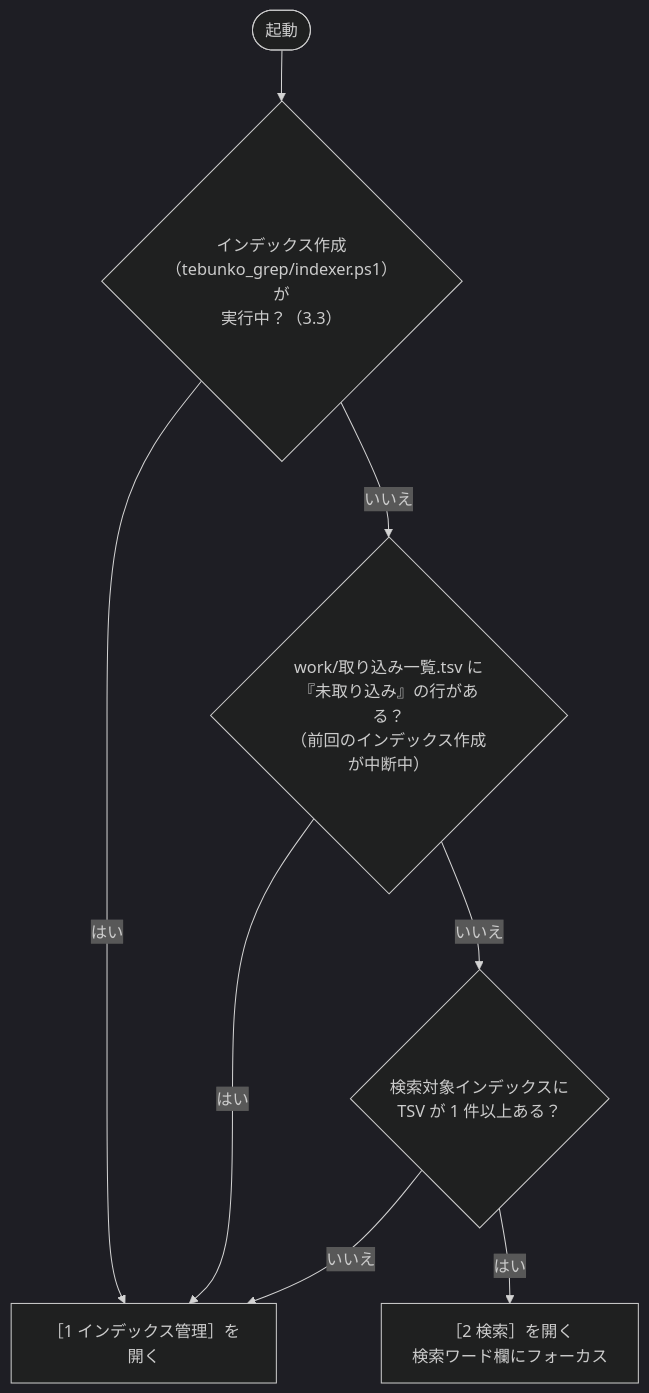
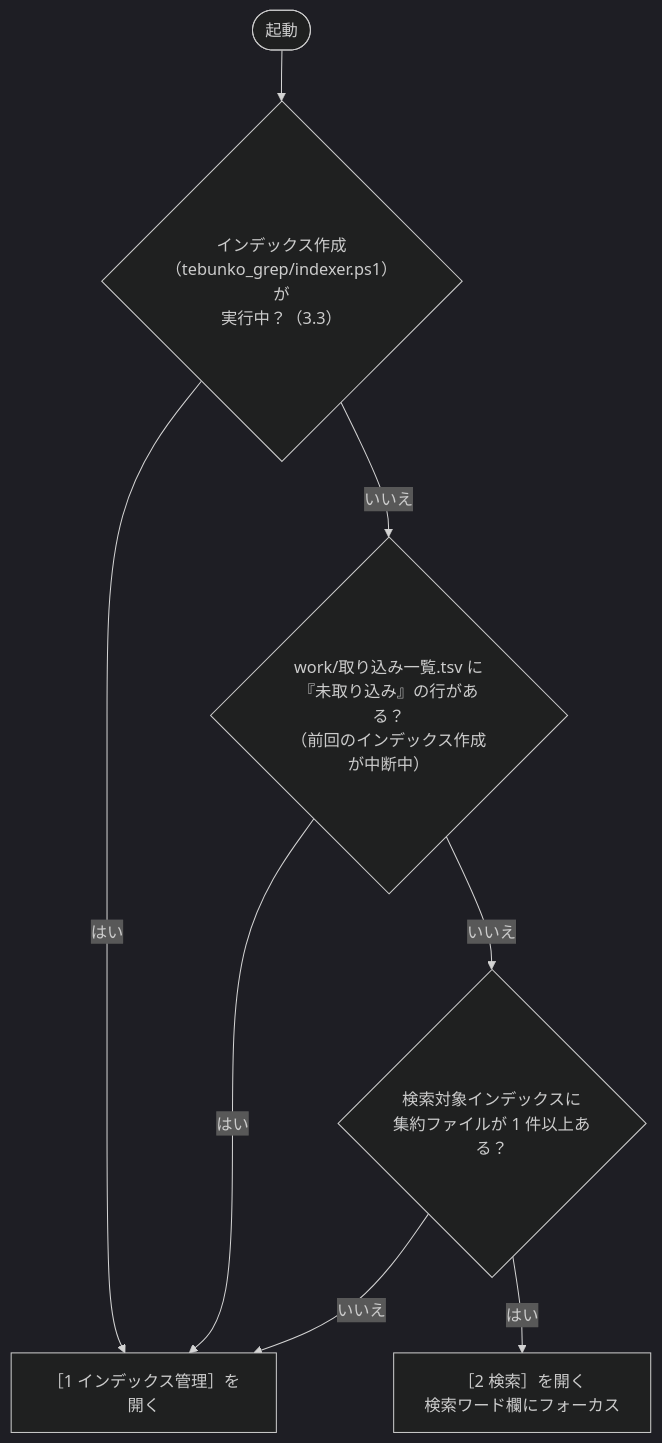
The diagram in docs/03_画面.md (hsgwa/tebunko), drawn with Mermaid (dark theme) before and after one commit. The commit also changed other lines of this file and 53 other files, not shown here.

````diff
--- a/docs/03_画面.md
+++ b/docs/03_画面.md
@@ -96,10 +96,10 @@
 ```mermaid
 flowchart TD
     S(["起動"]) --> R{"インデックス作成（tebunko_grep/indexer.ps1）が<br>実行中？（3.3）"}
     R -- はい --> T1
     R -- いいえ --> A{"work/取り込み一覧.tsv に『未取り込み』の行がある？<br>（前回のインデックス作成が中断中）"}
     A -- はい --> T1["［1 インデックス管理］を開く"]
-    A -- いいえ --> B{"検索対象インデックスに<br>TSV が 1 件以上ある？"}
+    A -- いいえ --> B{"検索対象インデックスに<br>集約ファイルが 1 件以上ある？"}
     B -- いいえ --> T1
     B -- はい --> T2["［2 検索］を開く<br>検索ワード欄にフォーカス"]
 ```
````
